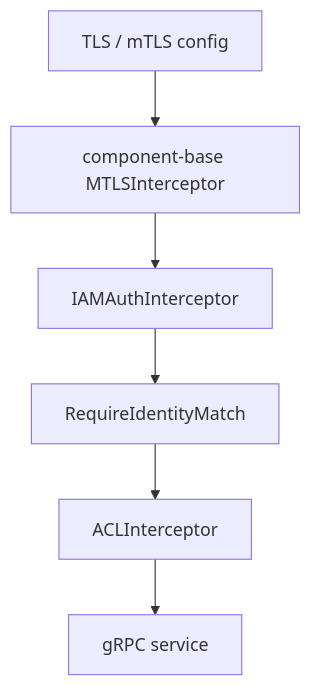
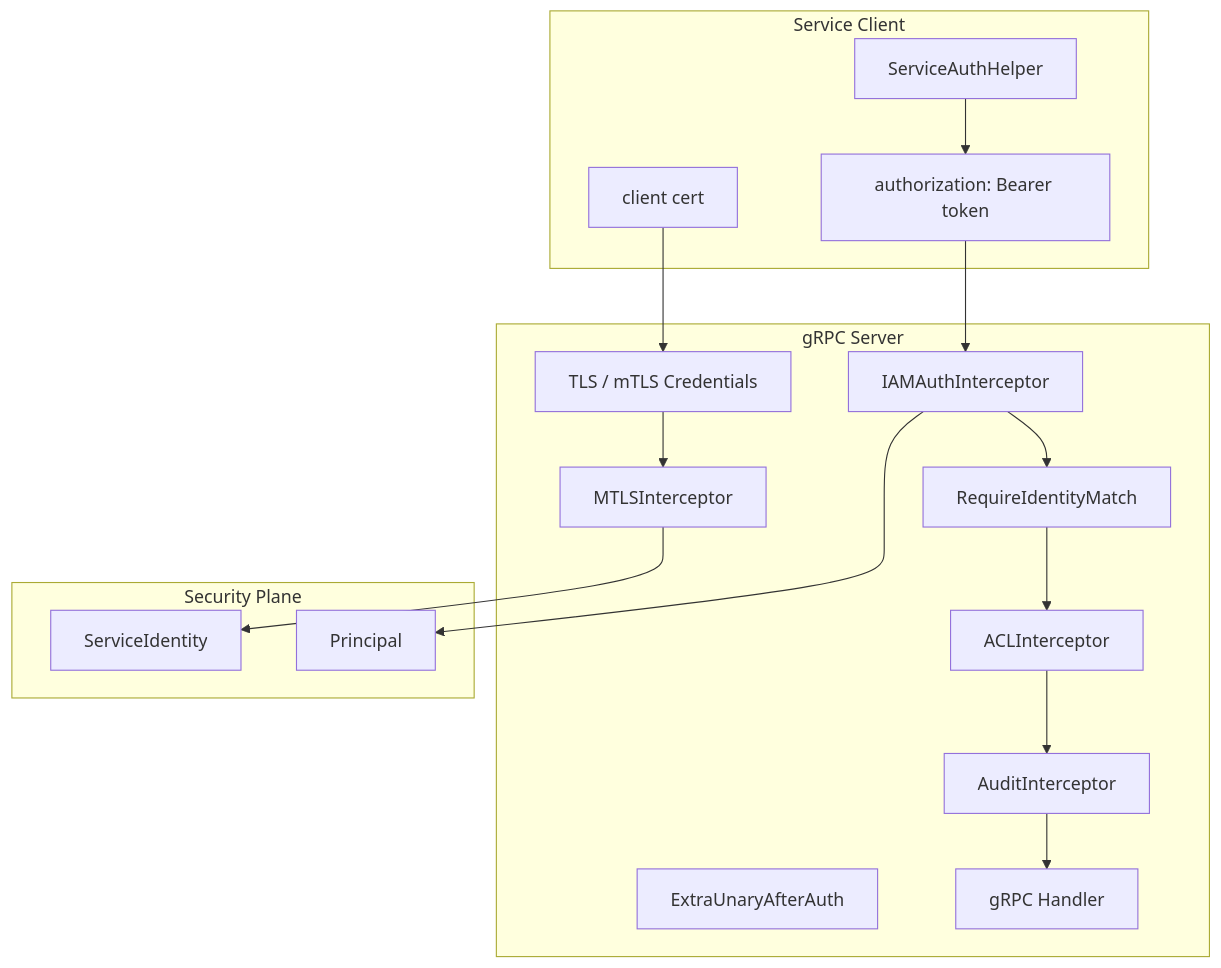
The diagram in docs/03-基础设施/security/03-ServiceIdentity与mTLS-ACL.md (FangcunMount/qs-server), drawn with Mermaid before and after one commit. The commit also changed other lines of this file and 6 other files, not shown here.

````diff
--- a/docs/03-基础设施/security/03-ServiceIdentity与mTLS-ACL.md
+++ b/docs/03-基础设施/security/03-ServiceIdentity与mTLS-ACL.md
@@ -35,15 +61,31 @@
 ```mermaid
 flowchart TB
-    TLS["TLS / mTLS config"]
-    MTLS["component-base MTLSInterceptor"]
-    IAMAuth["IAMAuthInterceptor"]
-    Match["RequireIdentityMatch"]
-    ACL["ACLInterceptor"]
-    Handler["gRPC service"]
+    subgraph Client["Service Client"]
+        helper["ServiceAuthHelper"]
+        metadata["authorization: Bearer token"]
+        mtlsClient["client cert"]
+    end
 
-    TLS --> MTLS
-    MTLS --> IAMAuth
-    IAMAuth --> Match
-    Match --> ACL
-    ACL --> Handler
+    subgraph Server["gRPC Server"]
+        tls["TLS / mTLS Credentials"]
+        mtls["MTLSInterceptor"]
+        iam["IAMAuthInterceptor"]
+        match["RequireIdentityMatch"]
+        extra["ExtraUnaryAfterAuth"]
+        acl["ACLInterceptor"]
+        audit["AuditInterceptor"]
+        handler["gRPC Handler"]
+    end
+
+    subgraph Model["Security Plane"]
+        svc["ServiceIdentity"]
+        principal["Principal"]
+    end
+
+    helper --> metadata --> iam
+    mtlsClient --> tls --> mtls
+    mtls --> svc
+    iam --> principal
+    iam --> match
+    match --> acl --> audit --> handler
 ```
````
